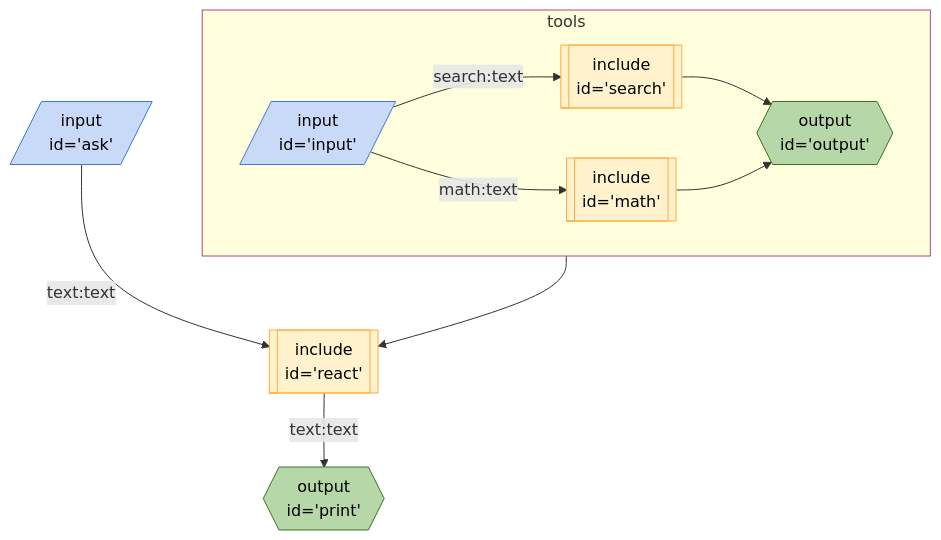
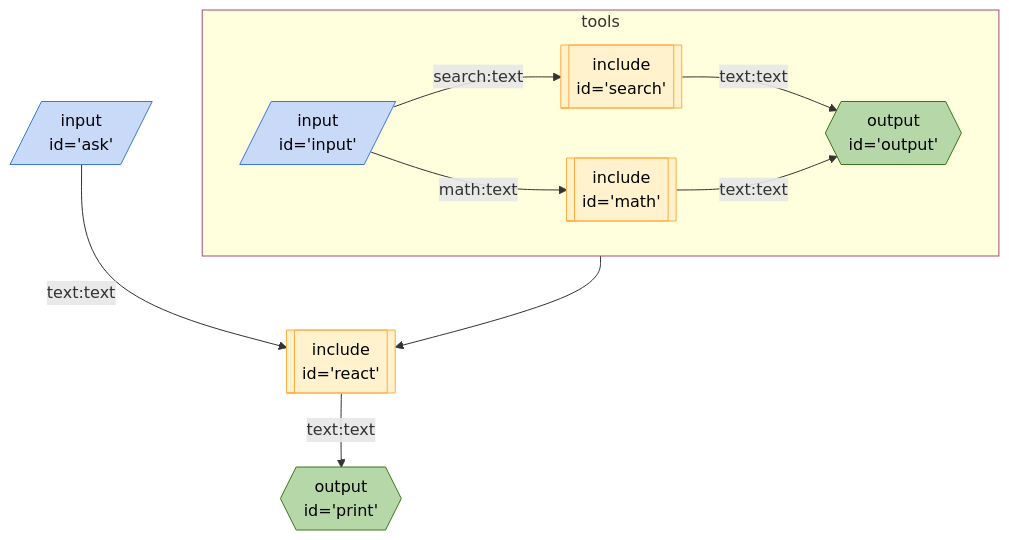
Before and after one commit to breadboard-ai/breadboard: the diagram in seeds/graph-playground/docs/graphs/call-react-with-slot.md, drawn with Mermaid. The commit also changed 3 other files, not shown here.

First line of the commit message:
[graph] Remove `passthrough` from `search-summarize`

````diff
--- a/seeds/graph-playground/docs/graphs/call-react-with-slot.md
+++ b/seeds/graph-playground/docs/graphs/call-react-with-slot.md
@@ -4,32 +4,32 @@
 ```mermaid
 %%{init: {'themeVariables': { 'fontFamily': 'Fira Code, monospace' }}}%%
 graph TD;
 ask[/"input
 id='ask'"/]:::input -- text:text --> react[["include
 id='react'"]]:::include
 react[["include
 id='react'"]]:::include -- text:text --> print{{"output
 id='print'"}}:::output
 subgraph tools
 input[/"input
 id='input'"/]:::input -- math:text --> math[["include
 id='math'"]]:::include
 input[/"input
 id='input'"/]:::input -- search:text --> search[["include
 id='search'"]]:::include
 search[["include
-id='search'"]]:::include --> output{{"output
+id='search'"]]:::include -- text:text --> output{{"output
 id='output'"}}:::output
 math[["include
-id='math'"]]:::include --> output{{"output
+id='math'"]]:::include -- text:text --> output{{"output
 id='output'"}}:::output
 end
 tools:::slotted --> react
 
 classDef default stroke:#ffab40,fill:#fff2ccff,color:#000
 classDef input stroke:#3c78d8,fill:#c9daf8ff,color:#000
 classDef output stroke:#38761d,fill:#b6d7a8ff,color:#000
 classDef passthrough stroke:#a64d79,fill:#ead1dcff,color:#000
 classDef slot stroke:#a64d79,fill:#ead1dcff,color:#000
 classDef slotted stroke:#a64d79
 ```
````
